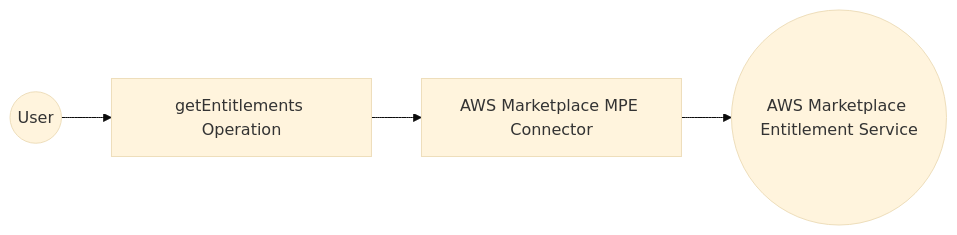
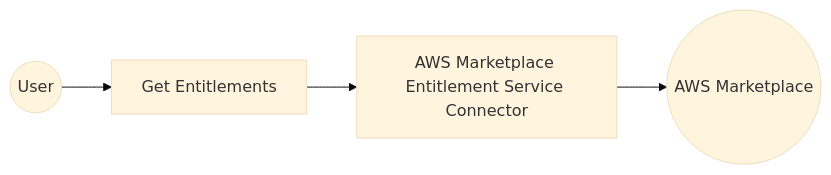
The diagram in docs/connectors/catalog/cloud-infrastructure/aws.marketplace.mpe/example.md (anuruddhal/docs-integrator), drawn with Mermaid (base theme) before and after one commit. The commit also changed other lines of this file and 3121 other files, not shown here.

````diff
--- a/docs/connectors/catalog/cloud-infrastructure/aws.marketplace.mpe/example.md
+++ b/docs/connectors/catalog/cloud-infrastructure/aws.marketplace.mpe/example.md
@@ -12,6 +12,6 @@
 ```mermaid
 flowchart LR
-    A((User)) --> B[getEntitlements Operation]
-    B --> C[AWS Marketplace MPE Connector]
-    C --> D((AWS Marketplace Entitlement Service))
+    A((User)) --> B[Get Entitlements]
+    B --> C[AWS Marketplace Entitlement Service Connector]
+    C --> D((AWS Marketplace))
 ```
````
